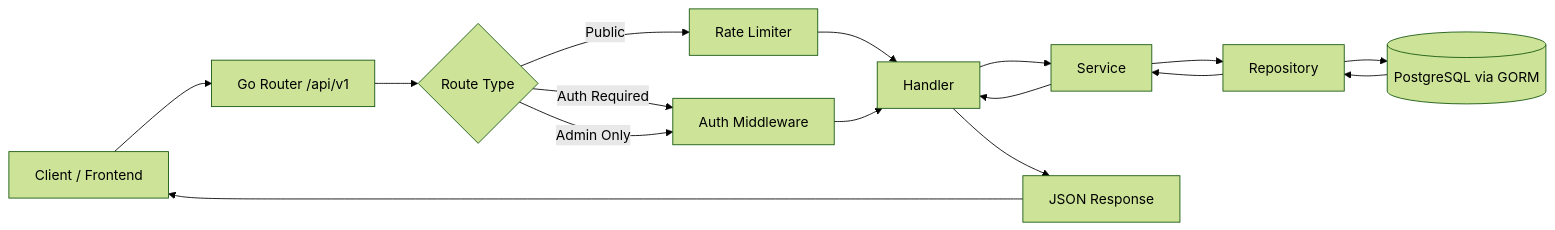
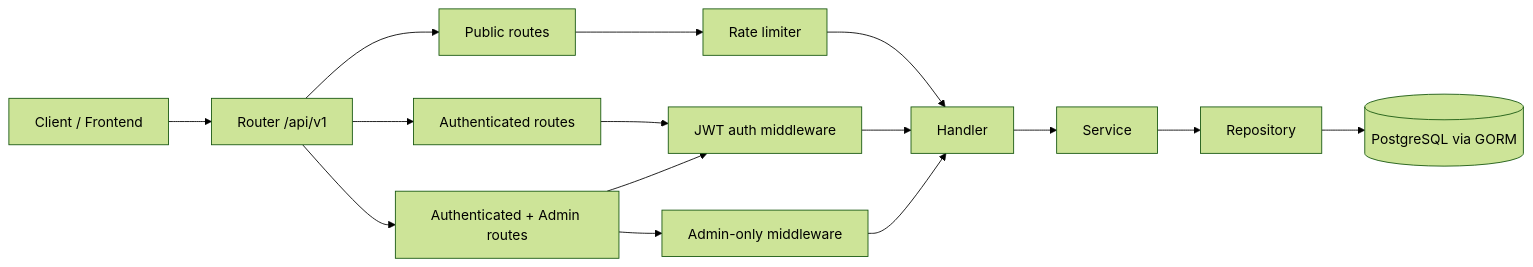
One commit to Restartor/web-streaming changed the diagram in readme.md. Above: the diagram before and after it, drawn with Mermaid (forest theme). The commit also changed other lines of this file, not shown here.

````diff
--- a/readme.md
+++ b/readme.md
@@ -72,23 +27,20 @@
 ```mermaid
 flowchart LR
-	A[Client / Frontend] --> B[Go Router /api/v1]
-	B --> C{Route Type}
+  Client[Client / Frontend] --> Router[Router /api/v1]
+  Router --> Public[Public routes]
+  Router --> Auth[Authenticated routes]
+  Router --> Admin[Authenticated + Admin routes]
 
-	C -->|Public| D[Rate Limiter]
-	C -->|Auth Required| E[Auth Middleware]
-	C -->|Admin Only| E
+  Public --> Rate[Rate limiter]
+  Auth --> AuthMW[JWT auth middleware]
+  Admin --> AuthMW
+  Admin --> AdminMW[Admin-only middleware]
 
-	D --> F[Handler]
-	E --> F[Handler]
+  Rate --> Handler[Handler]
+  AuthMW --> Handler
+  AdminMW --> Handler
 
-	F --> G[Service]
-	G --> H[Repository]
-	H --> I[(PostgreSQL via GORM)]
-
-	I --> H
-	H --> G
-	G --> F
-
-	F --> J[JSON Response]
-	J --> A
+  Handler --> Service[Service]
+  Service --> Repo[Repository]
+  Repo --> DB[(PostgreSQL via GORM)]
 ```
````
